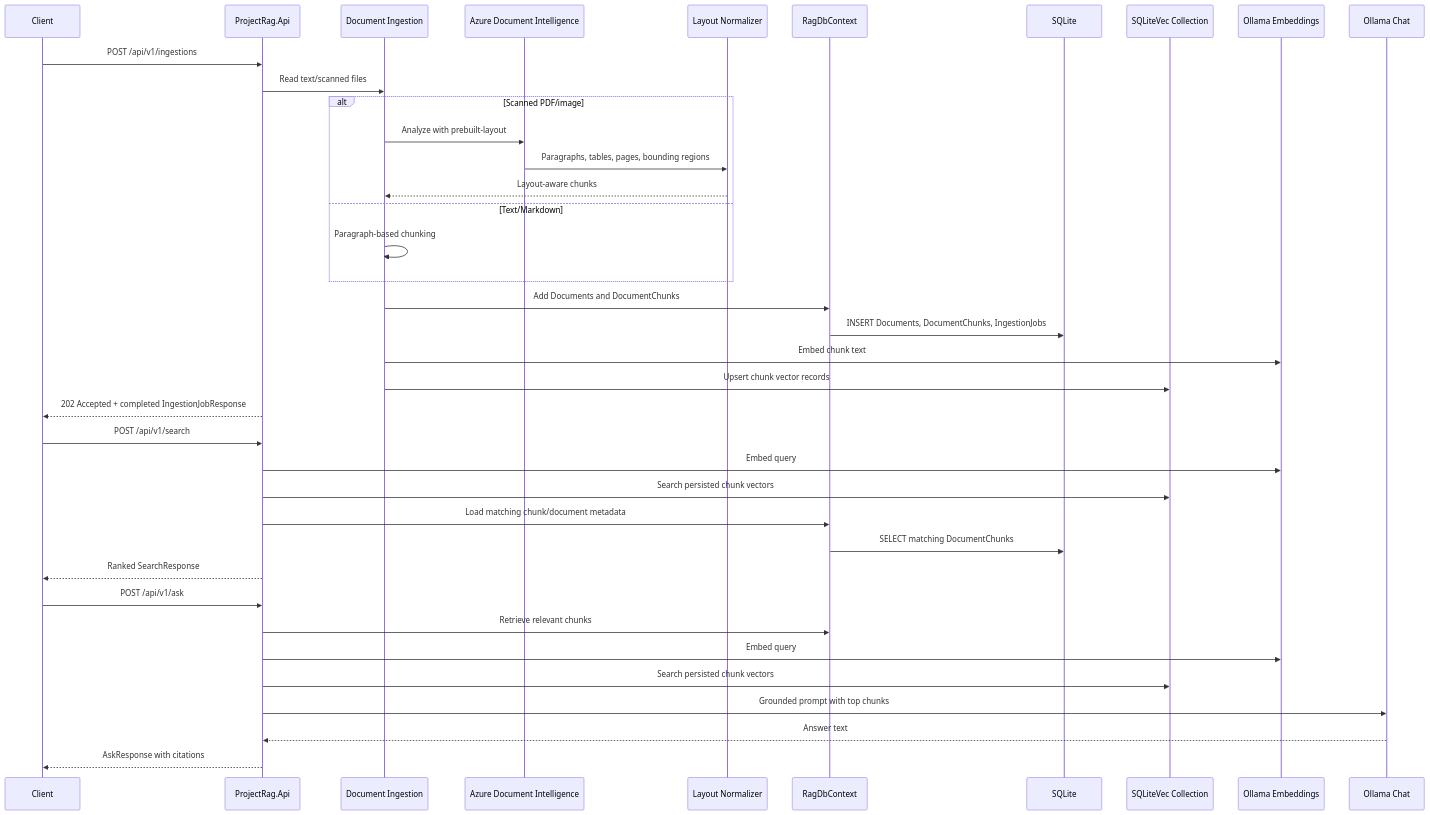
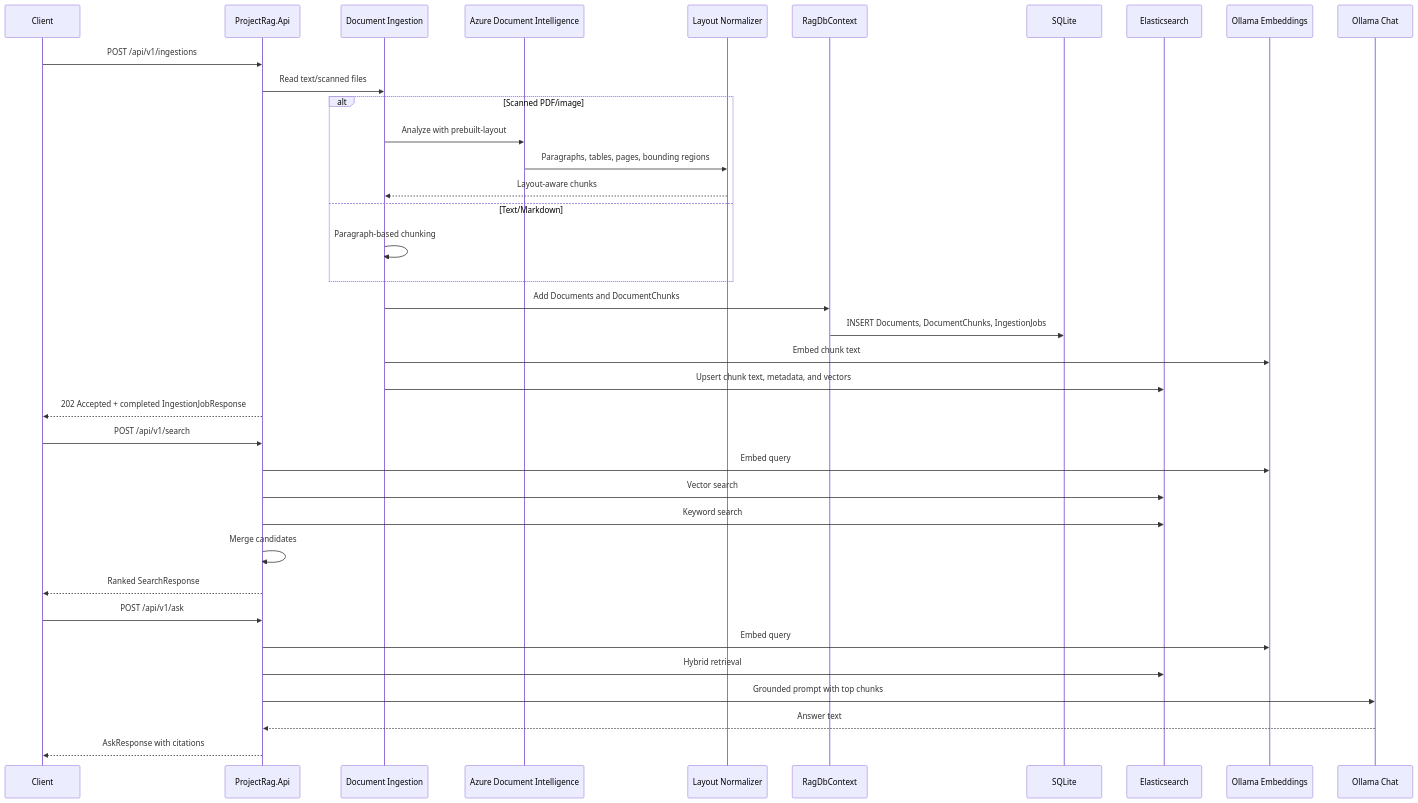
One commit to RegainFlow/ProjectRag changed the third of 3 diagrams in docs/ARCHITECTURE.md. Above: the diagram before and after it, drawn with Mermaid. The commit also changed other lines of this file and 45 other files, not shown here.

Commit message:
feat(phase4): added hybrid search and elastic

````diff
--- a/docs/ARCHITECTURE.md
+++ b/docs/ARCHITECTURE.md
@@ -205,43 +205,42 @@
 ```mermaid
 sequenceDiagram
     participant Client
     participant API as ProjectRag.Api
     participant Ingest as Document Ingestion
     participant Extract as Azure Document Intelligence
     participant Normalize as Layout Normalizer
     participant EF as RagDbContext
     participant DB as SQLite
-    participant Vec as SQLiteVec Collection
+    participant ES as Elasticsearch
     participant Embed as Ollama Embeddings
     participant Chat as Ollama Chat
 
     Client->>API: POST /api/v1/ingestions
     API->>Ingest: Read text/scanned files
     alt Scanned PDF/image
         Ingest->>Extract: Analyze with prebuilt-layout
         Extract->>Normalize: Paragraphs, tables, pages, bounding regions
         Normalize-->>Ingest: Layout-aware chunks
     else Text/Markdown
         Ingest->>Ingest: Paragraph-based chunking
     end
     Ingest->>EF: Add Documents and DocumentChunks
     EF->>DB: INSERT Documents, DocumentChunks, IngestionJobs
     Ingest->>Embed: Embed chunk text
-    Ingest->>Vec: Upsert chunk vector records
+    Ingest->>ES: Upsert chunk text, metadata, and vectors
     API-->>Client: 202 Accepted + completed IngestionJobResponse
 
     Client->>API: POST /api/v1/search
     API->>Embed: Embed query
-    API->>Vec: Search persisted chunk vectors
-    API->>EF: Load matching chunk/document metadata
-    EF->>DB: SELECT matching DocumentChunks
+    API->>ES: Vector search
+    API->>ES: Keyword search
+    API->>API: Merge candidates
     API-->>Client: Ranked SearchResponse
 
     Client->>API: POST /api/v1/ask
-    API->>EF: Retrieve relevant chunks
     API->>Embed: Embed query
-    API->>Vec: Search persisted chunk vectors
+    API->>ES: Hybrid retrieval
     API->>Chat: Grounded prompt with top chunks
     Chat-->>API: Answer text
     API-->>Client: AskResponse with citations
 ```
````
